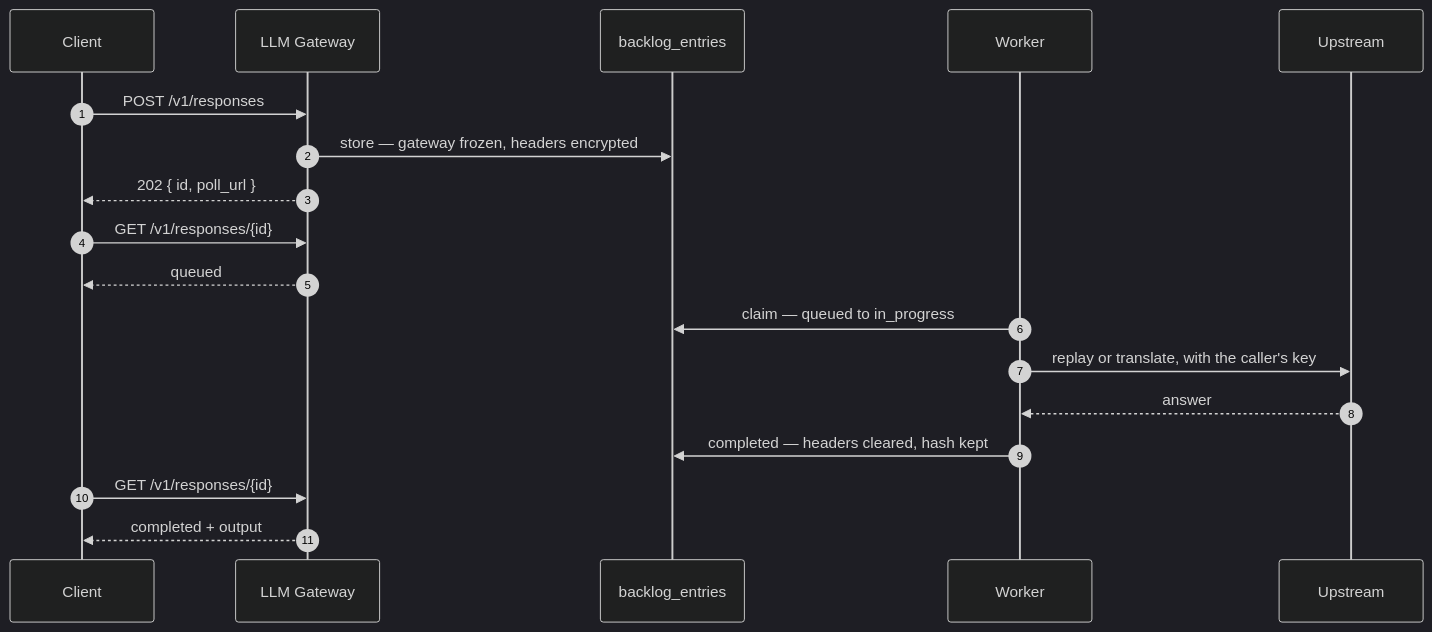
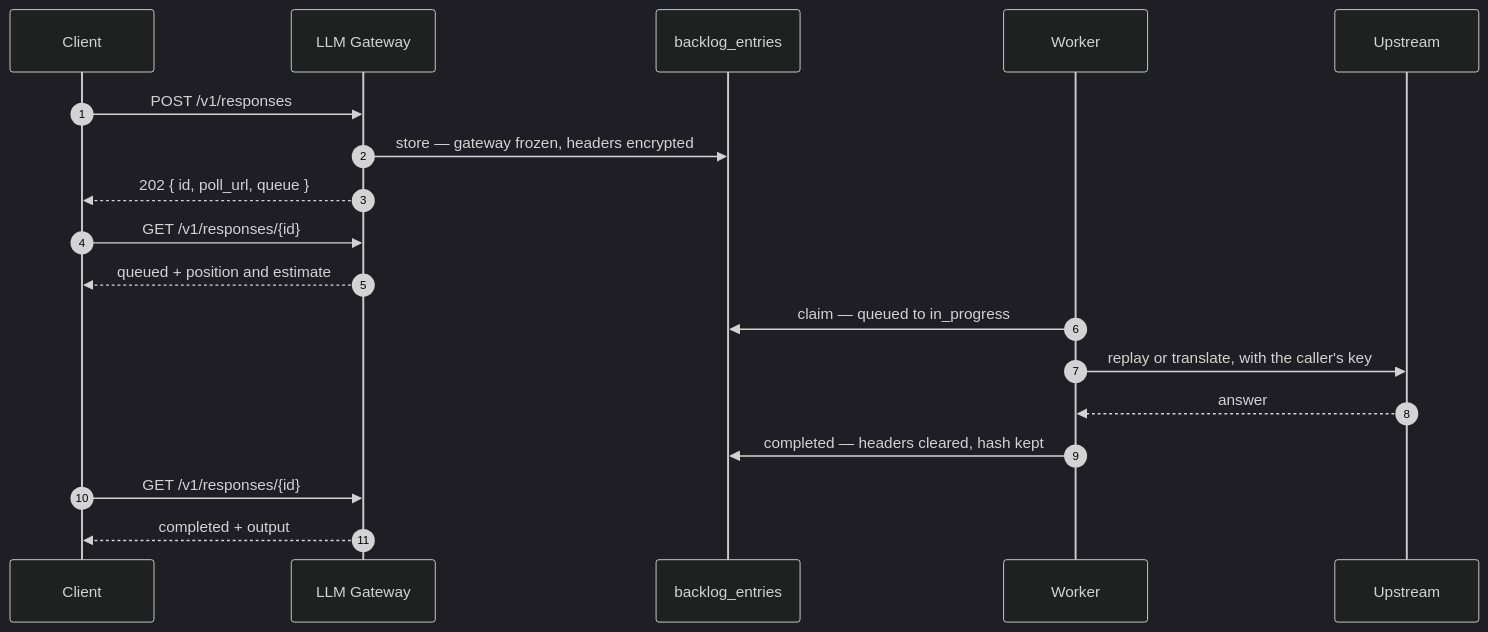
Before and after one commit to codebar-ag/llm-gateway.codebar.ai: the fourth of 4 diagrams in README.md, drawn with Mermaid (dark theme). The commit also changed other lines of this file and 16 other files, not shown here.

````diff
--- a/README.md
+++ b/README.md
@@ -378,21 +421,21 @@
 ```mermaid
 sequenceDiagram
     autonumber
     participant C as Client
     participant G as LLM Gateway
     participant D as backlog_entries
     participant W as Worker
     participant U as Upstream
 
     C->>G: POST /v1/responses
     G->>D: store — gateway frozen, headers encrypted
-    G-->>C: 202 { id, poll_url }
+    G-->>C: 202 { id, poll_url, queue }
     C->>G: GET /v1/responses/{id}
-    G-->>C: queued
+    G-->>C: queued + position and estimate
     W->>D: claim — queued to in_progress
     W->>U: replay or translate, with the caller's key
     U-->>W: answer
     W->>D: completed — headers cleared, hash kept
     C->>G: GET /v1/responses/{id}
     G-->>C: completed + output
 ```
````
